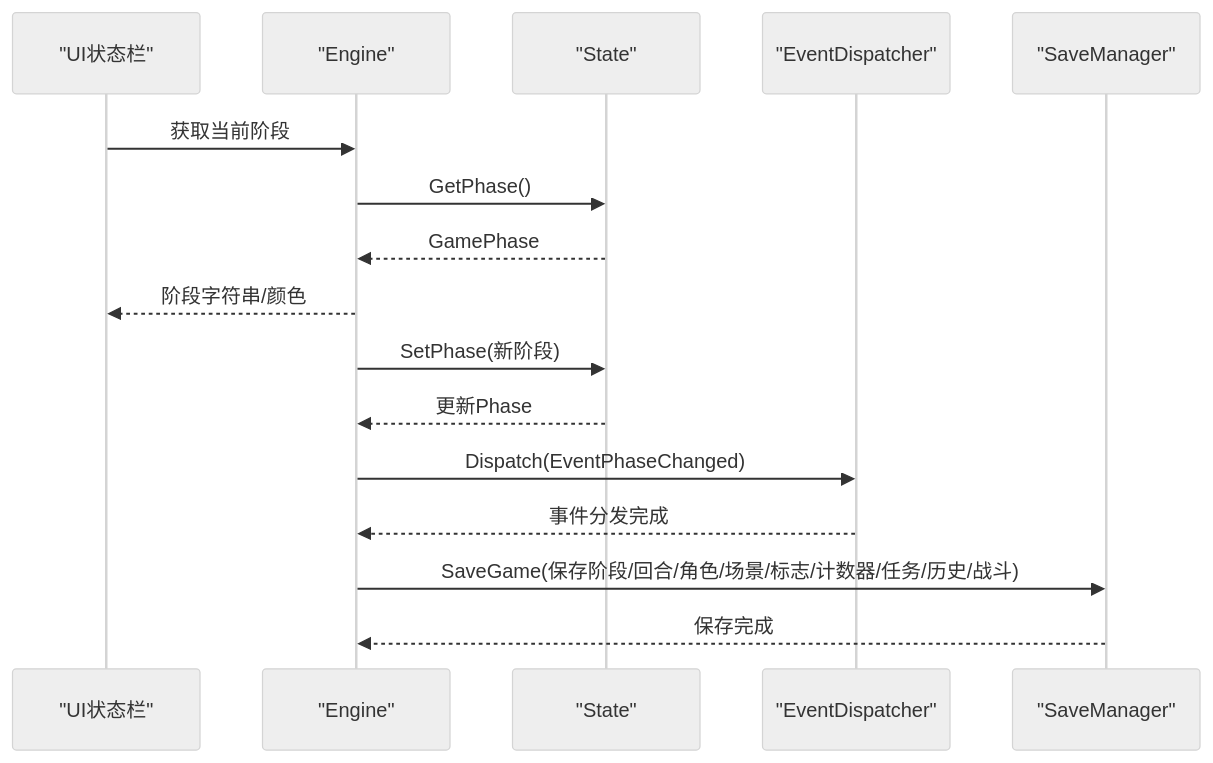
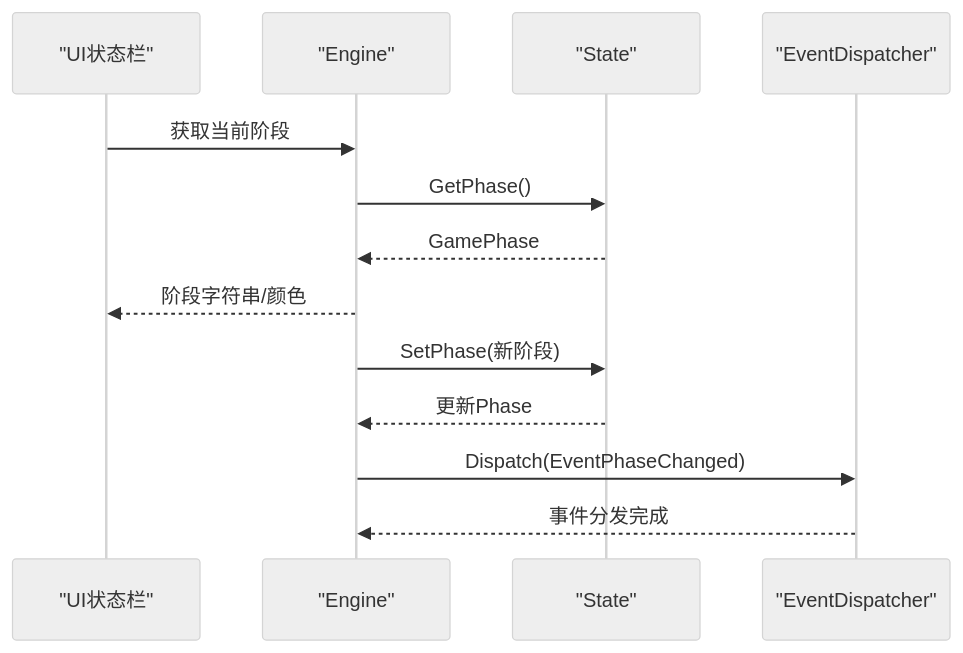
One commit to zwh8800/cdnd changed the second of 7 diagrams in .qoder/repowiki/zh/content/游戏引擎架构/游戏阶段管理.md. Above: the diagram before and after it, drawn with Mermaid (neutral theme). The commit also changed other lines of this file and 102 other files, not shown here.

````diff
--- a/.qoder/repowiki/zh/content/游戏引擎架构/游戏阶段管理.md
+++ b/.qoder/repowiki/zh/content/游戏引擎架构/游戏阶段管理.md
@@ -117,18 +112,15 @@
 ```mermaid
 sequenceDiagram
 participant UI as "UI状态栏"
 participant Engine as "Engine"
 participant State as "State"
 participant Events as "EventDispatcher"
-participant Save as "SaveManager"
 UI->>Engine : 获取当前阶段
 Engine->>State : GetPhase()
 State-->>Engine : GamePhase
 Engine-->>UI : 阶段字符串/颜色
 Engine->>State : SetPhase(新阶段)
 State-->>Engine : 更新Phase
 Engine->>Events : Dispatch(EventPhaseChanged)
 Events-->>Engine : 事件分发完成
-Engine->>Save : SaveGame(保存阶段/回合/角色/场景/标志/计数器/任务/历史/战斗)
-Save-->>Engine : 保存完成
 ```
````
